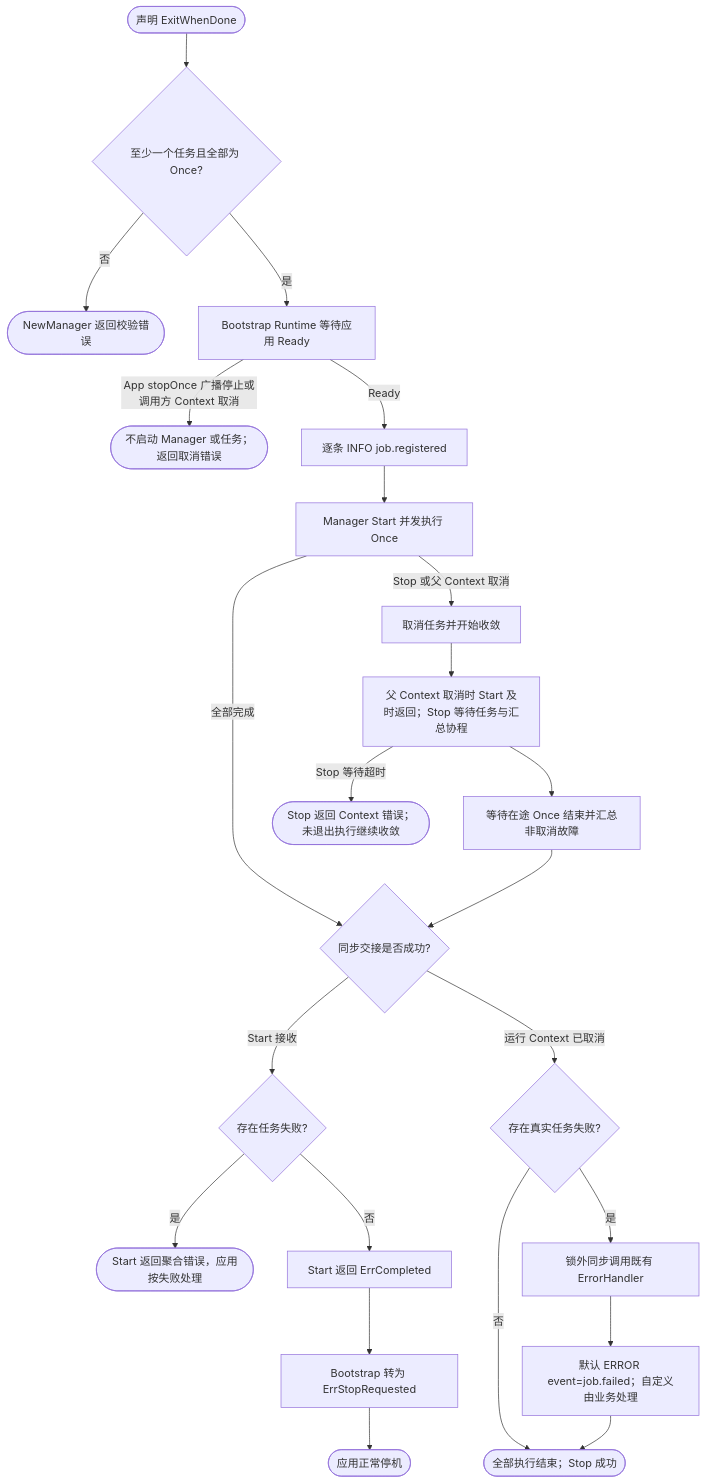
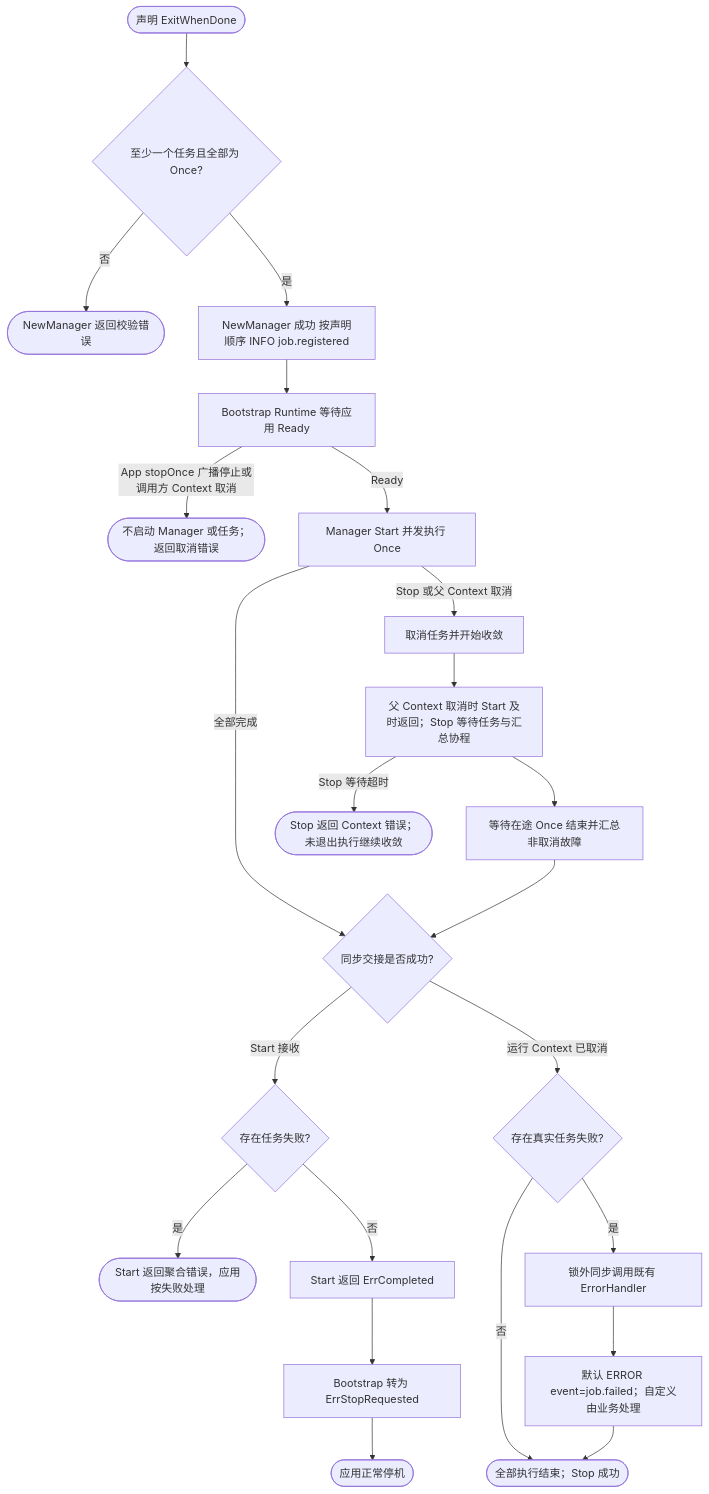
The third of 6 diagrams in pkg/job/README.md (jaggerzhuang1994/kratos-foundation), drawn with Mermaid before and after one commit. The commit also changed other lines of this file and 12 other files, not shown here.

````diff
--- a/pkg/job/README.md
+++ b/pkg/job/README.md
@@ -157,25 +164,25 @@
 ```mermaid
 flowchart TD
     A([声明 ExitWhenDone]) --> B{至少一个任务且全部为 Once?}
     B -- 否 --> C([NewManager 返回校验错误])
-    B -- 是 --> BA[Bootstrap Runtime 等待应用 Ready]
+    B -- 是 --> BB[NewManager 成功 按声明顺序 INFO job.registered]
+    BB --> BA[Bootstrap Runtime 等待应用 Ready]
     BA -- App stopOnce 广播停止或调用方 Context 取消 --> BW([不启动 Manager 或任务；返回取消错误])
-    BA -- Ready --> BB[逐条 INFO job.registered]
-    BB --> D[Manager Start 并发执行 Once]
+    BA -- Ready --> D[Manager Start 并发执行 Once]
     D -- 全部完成 --> Q{同步交接是否成功?}
     Q -- Start 接收 --> E{存在任务失败?}
     E -- 是 --> F([Start 返回聚合错误，应用按失败处理])
     E -- 否 --> G[Start 返回 ErrCompleted]
     G --> H[Bootstrap 转为 ErrStopRequested]
     H --> I([应用正常停机])
     D -- Stop 或父 Context 取消 --> J[取消任务并开始收敛]
     J --> JS[父 Context 取消时 Start 及时返回；Stop 等待任务与汇总协程]
     JS --> JA[等待在途 Once 结束并汇总非取消故障]
     JA --> Q
     Q -- 运行 Context 已取消 --> R{存在真实任务失败?}
     R -- 是 --> RH[锁外同步调用既有 ErrorHandler]
     RH --> RL[默认 ERROR event=job.failed；自定义由业务处理]
     R -- 否 --> K([全部执行结束；Stop 成功])
     RL --> K
     JS -- Stop 等待超时 --> KT([Stop 返回 Context 错误；未退出执行继续收敛])
 ```
````
